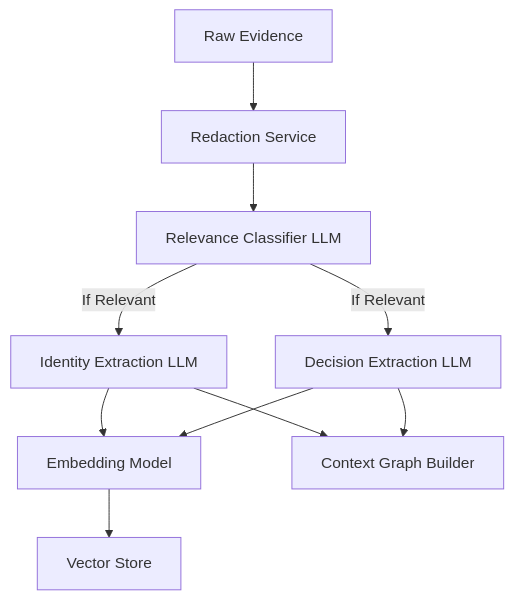
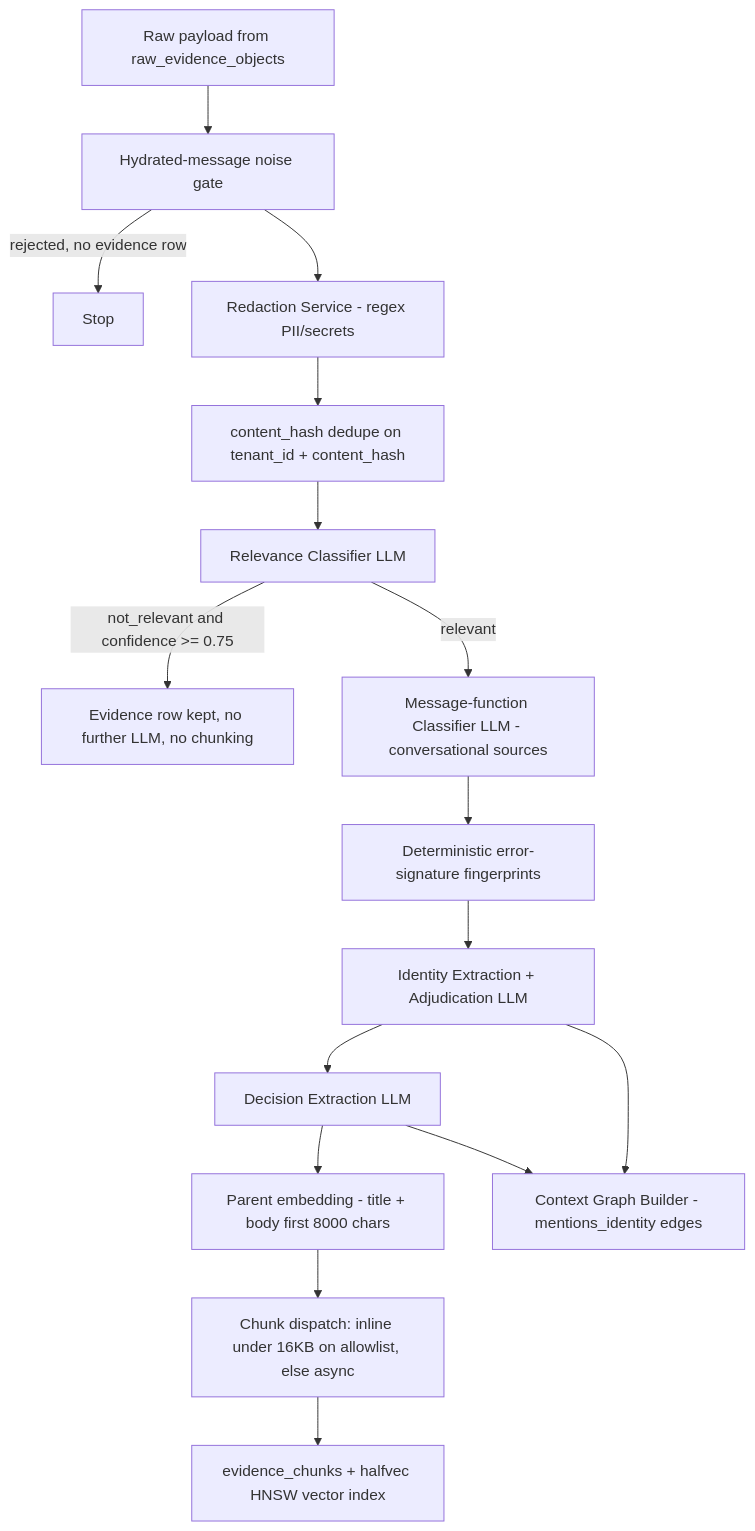
Before and after one commit to Valuedx/ContextEdge: the fourth of 7 diagrams in docs/12_File_Dependency_Map.md, drawn with Mermaid. The commit also changed other lines of this file and 48 other files, not shown here.

````diff
--- a/docs/12_File_Dependency_Map.md
+++ b/docs/12_File_Dependency_Map.md
@@ -145,12 +259,18 @@
 ```mermaid
 graph TD
-    A[Raw Evidence] --> B[Redaction Service]
-    B --> C[Relevance Classifier LLM]
-    C -->|If Relevant| D[Identity Extraction LLM]
-    C -->|If Relevant| E[Decision Extraction LLM]
-    D --> F[Embedding Model]
-    E --> F
-    F --> G[Vector Store]
-    D --> H[Context Graph Builder]
+    A[Raw payload from raw_evidence_objects] --> N[Hydrated-message noise gate]
+    N -->|rejected, no evidence row| X[Stop]
+    N --> B[Redaction Service - regex PII/secrets]
+    B --> HASH[content_hash dedupe on tenant_id + content_hash]
+    HASH --> C[Relevance Classifier LLM]
+    C -->|not_relevant and confidence >= 0.75| SKIP[Evidence row kept, no further LLM, no chunking]
+    C -->|relevant| MF[Message-function Classifier LLM - conversational sources]
+    MF --> ERR[Deterministic error-signature fingerprints]
+    ERR --> D[Identity Extraction + Adjudication LLM]
+    D --> E[Decision Extraction LLM]
+    E --> F[Parent embedding - title + body first 8000 chars]
+    F --> G[Chunk dispatch: inline under 16KB on allowlist, else async]
+    G --> VS[evidence_chunks + halfvec HNSW vector index]
+    D --> H[Context Graph Builder - mentions_identity edges]
     E --> H
 ```
````
